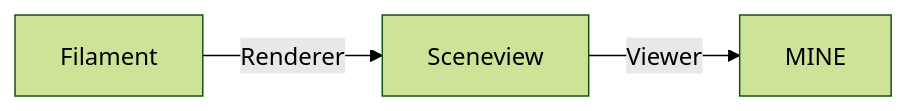
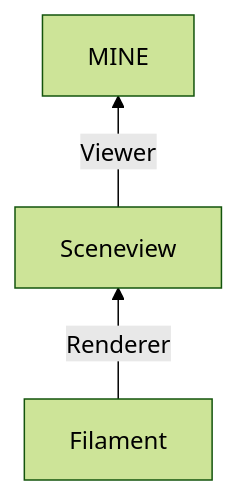
One commit to KvRae/MINE-Docs changed the diagram in docs/api_reference/module_overview.md. Above: the diagram before and after it, drawn with Mermaid (forest theme). The commit also changed other lines of this file and 4 other files, not shown here.

Commit message:
Working with charts ui_comp + module ov

````diff
--- a/docs/api_reference/module_overview.md
+++ b/docs/api_reference/module_overview.md
@@ -7,5 +11,5 @@
-``` mermaid
-graph LR
-  F[Filament] -->|Renderer| A[Sceneview]
-  A -->|Viewer| B[MINE]
-```
+    ```mermaid
+    flowchart BT
+      F[Filament] -->|Renderer| A[Sceneview]
+      A -->|Viewer| B[MINE]
+    ```
````
